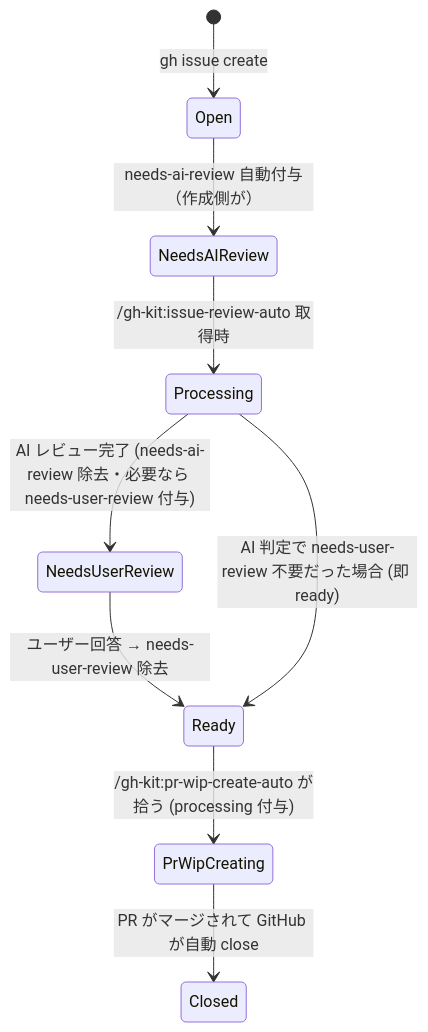
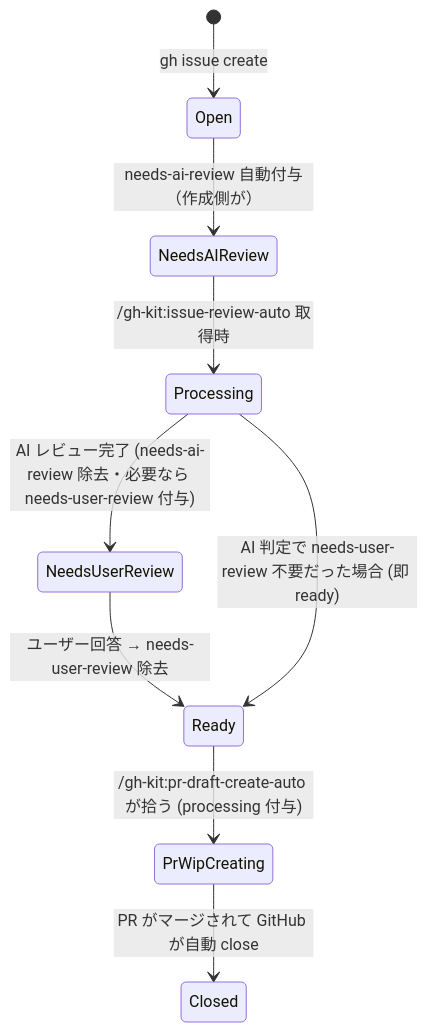
The first of 2 diagrams in .work/notes/プラグイン/gh-kitラベル設計.md (shuhei1101/my-plugins), drawn with Mermaid before and after one commit. The commit also changed other lines of this file and 15 other files, not shown here.

First line of the commit message:
refactor(gh-kit): エージェントの動的注入を bash 直接実行に修正 + pr-wip → pr-draft（v0.9）

````diff
--- a/.work/notes/プラグイン/gh-kitラベル設計.md
+++ b/.work/notes/プラグイン/gh-kitラベル設計.md
@@ -38,11 +38,11 @@
 ```mermaid
 stateDiagram-v2
   [*] --> Open: gh issue create
   Open --> NeedsAIReview: needs-ai-review 自動付与（作成側が）
   NeedsAIReview --> Processing: /gh-kit:issue-review-auto 取得時
   Processing --> NeedsUserReview: AI レビュー完了 (needs-ai-review 除去・必要なら needs-user-review 付与)
   NeedsUserReview --> Ready: ユーザー回答 → needs-user-review 除去
   Processing --> Ready: AI 判定で needs-user-review 不要だった場合 (即 ready)
-  Ready --> PrWipCreating: /gh-kit:pr-wip-create-auto が拾う (processing 付与)
+  Ready --> PrWipCreating: /gh-kit:pr-draft-create-auto が拾う (processing 付与)
   PrWipCreating --> Closed: PR がマージされて GitHub が自動 close
 ```
````
